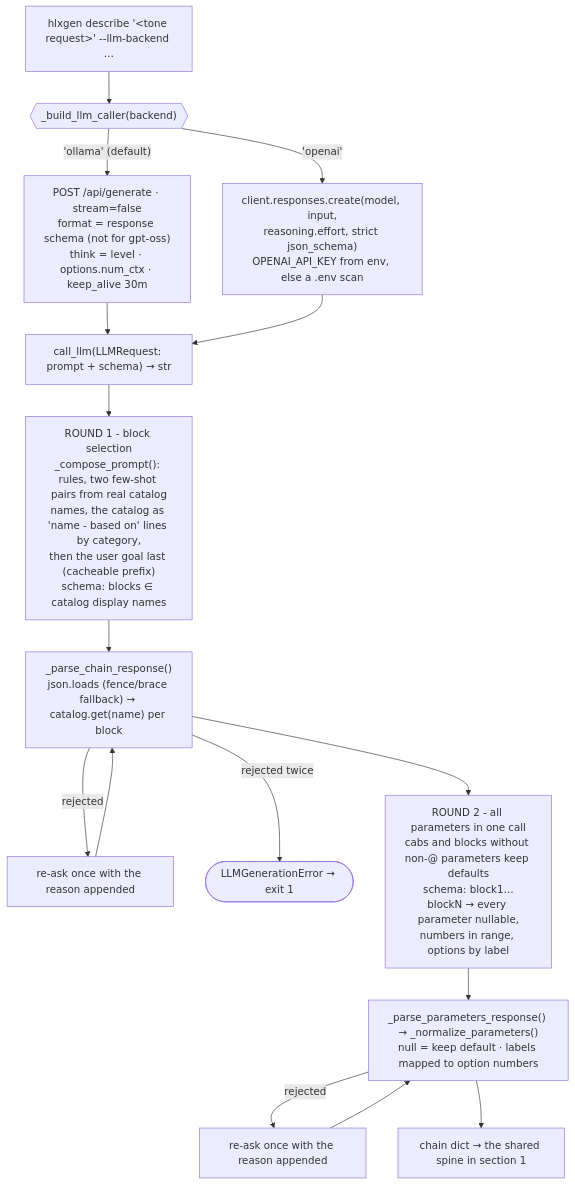
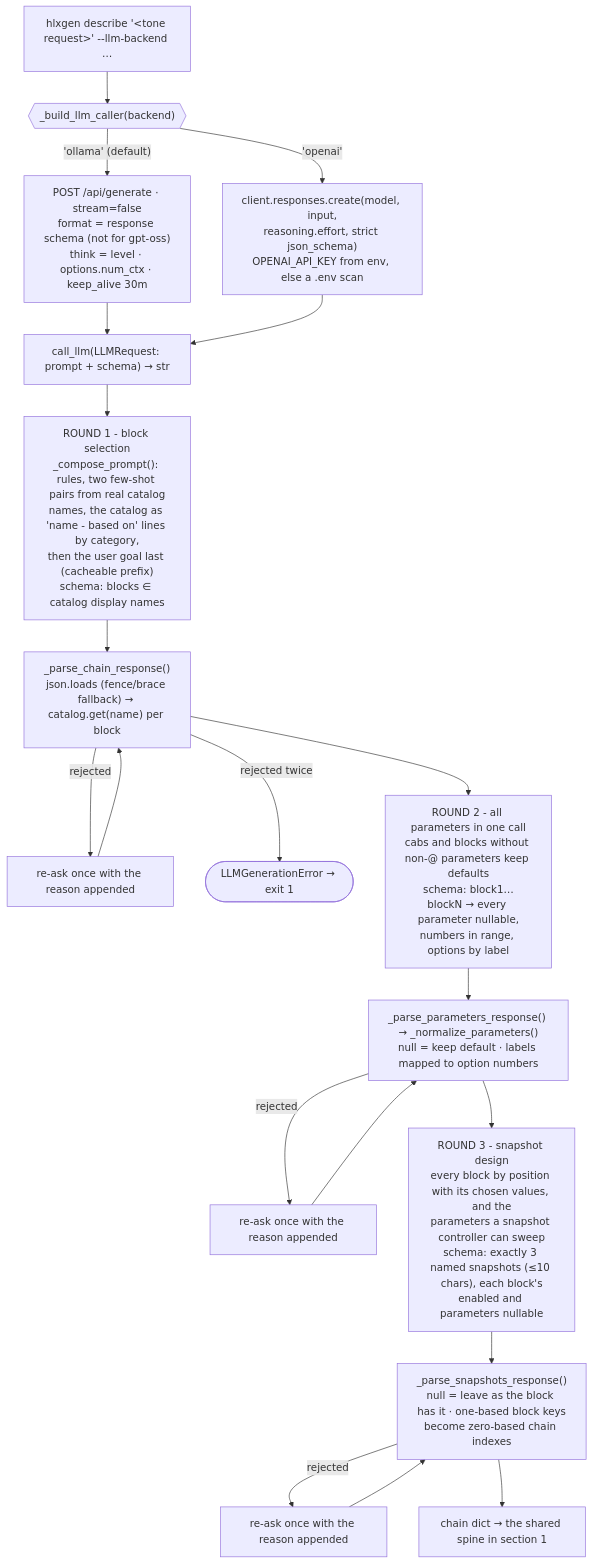
One commit to ORogers/HelixGen changed the second of 3 diagrams in docs/application_flow.md. Above: the diagram before and after it, drawn with Mermaid. The commit also changed other lines of this file and 13 other files, not shown here.

````diff
--- a/docs/application_flow.md
+++ b/docs/application_flow.md
@@ -74,18 +75,21 @@
 ```mermaid
 flowchart TD
     start["hlxgen describe '&lt;tone request&gt;' --llm-backend …"] --> pick{{"_build_llm_caller(backend)"}}
     pick -- "'ollama' (default)" --> ol["POST /api/generate · stream=false<br>format = response schema (not for gpt-oss)<br>think = level · options.num_ctx · keep_alive 30m"]
     pick -- "'openai'" --> oa["client.responses.create(model, input,<br>reasoning.effort, strict json_schema)<br>OPENAI_API_KEY from env, else a .env scan"]
 
     ol --> closure["call_llm(LLMRequest: prompt + schema) → str"]
     oa --> closure
 
     closure --> r1["ROUND 1 - block selection<br>_compose_prompt(): rules, two few-shot pairs from real catalog<br>names, the catalog as 'name - based on' lines by category,<br>then the user goal last (cacheable prefix)<br>schema: blocks ∈ catalog display names"]
     r1 --> parse["_parse_chain_response()<br>json.loads (fence/brace fallback) → catalog.get(name) per block"]
     parse -- "rejected" --> retry1["re-ask once with the reason appended"] --> parse
     parse -- "rejected twice" --> fail(["LLMGenerationError → exit 1"])
     parse --> r2["ROUND 2 - all parameters in one call<br>cabs and blocks without non-@ parameters keep defaults<br>schema: block1…blockN → every parameter nullable,<br>numbers in range, options by label"]
     r2 --> norm["_parse_parameters_response() → _normalize_parameters()<br>null = keep default · labels mapped to option numbers"]
     norm -- "rejected" --> retry2["re-ask once with the reason appended"] --> norm
-    norm --> out["chain dict → the shared spine in section 1"]
+    norm --> r3["ROUND 3 - snapshot design<br>every block by position with its chosen values, and the<br>parameters a snapshot controller can sweep<br>schema: exactly 3 named snapshots (≤10 chars), each block's<br>enabled and parameters nullable"]
+    r3 --> snap["_parse_snapshots_response()<br>null = leave as the block has it · one-based block keys<br>become zero-based chain indexes"]
+    snap -- "rejected" --> retry3["re-ask once with the reason appended"] --> snap
+    snap --> out["chain dict → the shared spine in section 1"]
 ```
````
